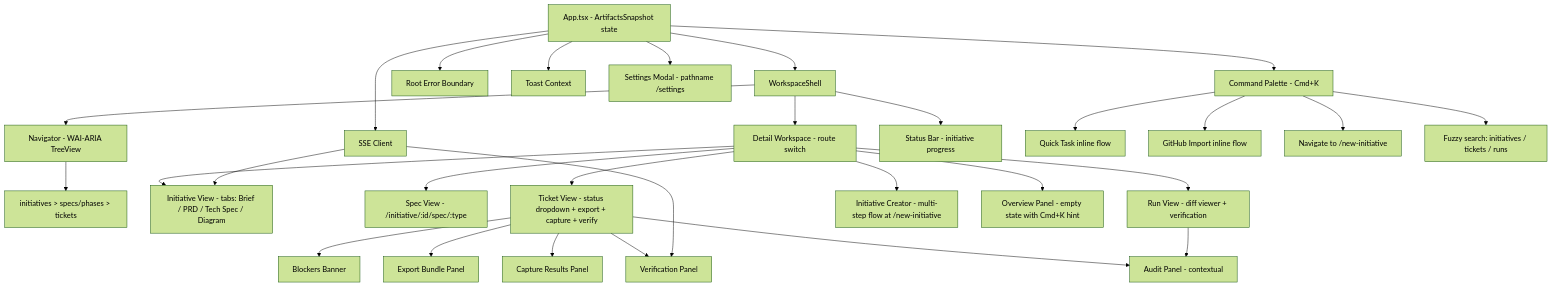
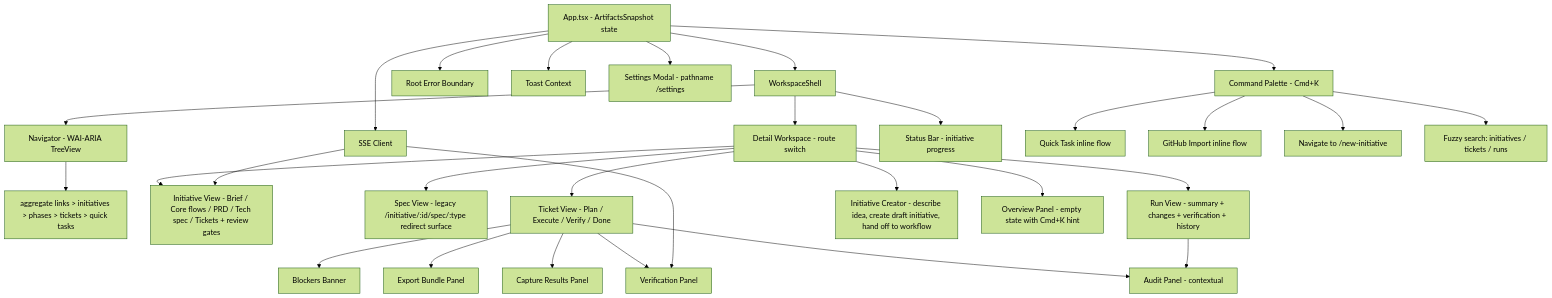
One commit to mtmitchel/SpecFlow changed the third of 5 diagrams in docs/architecture.md. Above: the diagram before and after it, drawn with Mermaid (forest theme). The commit also changed other lines of this file and 59 other files, not shown here.

Commit message:
Implement review-gated planning flow and refresh docs

````diff
--- a/docs/architecture.md
+++ b/docs/architecture.md
@@ -359,37 +453,37 @@
 ```mermaid
 graph TD
     App[App.tsx - ArtifactsSnapshot state] --> WorkspaceShell
     App --> ErrorBoundary[Root Error Boundary]
     App --> ToastContext[Toast Context]
     App --> SSEClient[SSE Client]
     App --> SettingsModal[Settings Modal - pathname /settings]
     App --> CommandPalette[Command Palette - Cmd+K]
 
     WorkspaceShell --> Navigator[Navigator - WAI-ARIA TreeView]
     WorkspaceShell --> DetailWorkspace[Detail Workspace - route switch]
     WorkspaceShell --> StatusBar[Status Bar - initiative progress]
 
-    Navigator --> NavTree[initiatives > specs/phases > tickets]
+    Navigator --> NavTree[aggregate links > initiatives > phases > tickets > quick tasks]
 
     CommandPalette --> QuickTask[Quick Task inline flow]
     CommandPalette --> GitHubImport[GitHub Import inline flow]
     CommandPalette --> NewInitiative[Navigate to /new-initiative]
     CommandPalette --> FuzzySearch[Fuzzy search: initiatives / tickets / runs]
 
-    DetailWorkspace --> InitiativeView[Initiative View - tabs: Brief / PRD / Tech Spec / Diagram]
-    DetailWorkspace --> SpecView[Spec View - /initiative/:id/spec/:type]
-    DetailWorkspace --> TicketView[Ticket View - status dropdown + export + capture + verify]
-    DetailWorkspace --> RunView[Run View - diff viewer + verification]
-    DetailWorkspace --> InitiativeCreator[Initiative Creator - multi-step flow at /new-initiative]
+    DetailWorkspace --> InitiativeView[Initiative View - Brief / Core flows / PRD / Tech spec / Tickets + review gates]
+    DetailWorkspace --> SpecView[Spec View - legacy /initiative/:id/spec/:type redirect surface]
+    DetailWorkspace --> TicketView[Ticket View - Plan / Execute / Verify / Done]
+    DetailWorkspace --> RunView[Run View - summary + changes + verification + history]
+    DetailWorkspace --> InitiativeCreator[Initiative Creator - describe idea, create draft initiative, hand off to workflow]
     DetailWorkspace --> OverviewPanel[Overview Panel - empty state with Cmd+K hint]
 
     TicketView --> BlockersBanner[Blockers Banner]
     TicketView --> ExportPanel[Export Bundle Panel]
     TicketView --> CapturePanel[Capture Results Panel]
     TicketView --> VerificationPanel[Verification Panel]
     TicketView --> AuditPanel[Audit Panel - contextual]
     RunView --> AuditPanel
 
     SSEClient --> VerificationPanel
     SSEClient --> InitiativeView
 ```
````
